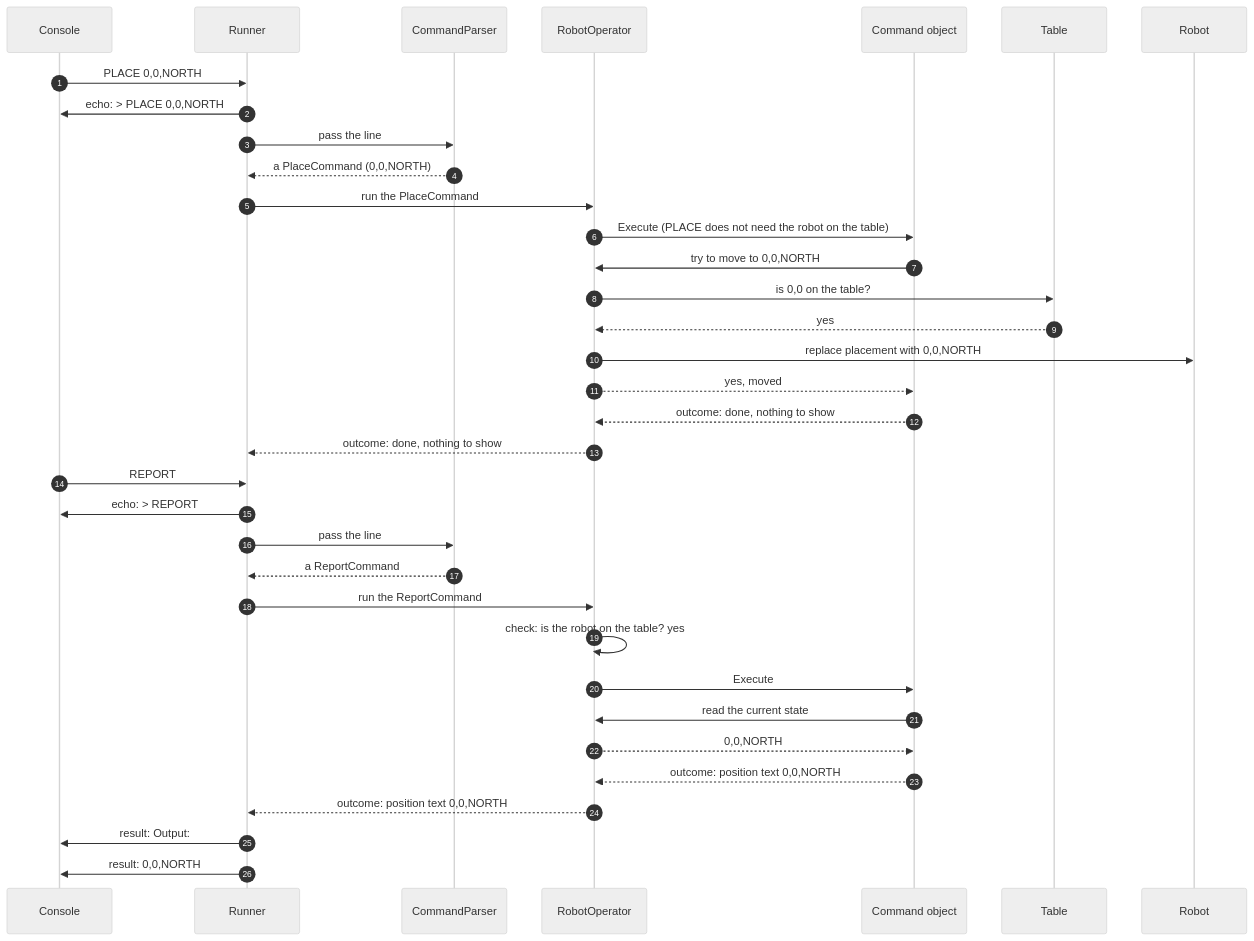
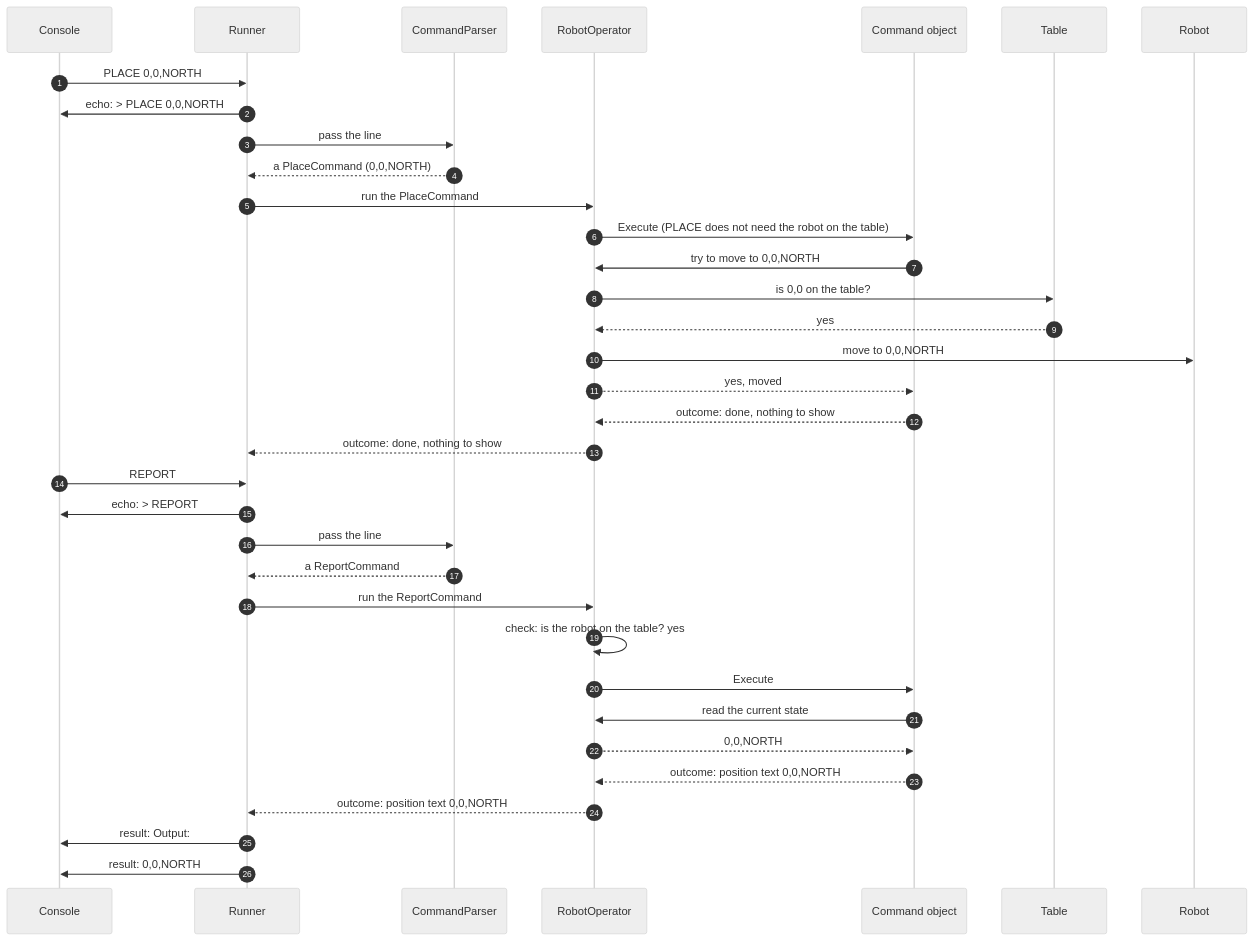
The diagram in docs/solution-design/07-logical-flow/01-place-then-report.md (hetal-patel78/toy-robot-spec-driven), drawn with Mermaid (neutral theme) before and after one commit. The commit also changed 18 other files, not shown here.

First line of the commit message:
Rename Robot.Replace to Robot.MoveTo and next to nextState

````diff
--- a/docs/solution-design/07-logical-flow/01-place-then-report.md
+++ b/docs/solution-design/07-logical-flow/01-place-then-report.md
@@ -9,37 +9,37 @@
 ```mermaid
 sequenceDiagram
     autonumber
     participant C as Console
     participant R as Runner
     participant P as CommandParser
     participant O as RobotOperator
     participant K as Command object
     participant T as Table
     participant B as Robot
     C->>R: PLACE 0,0,NORTH
     R->>C: echo: > PLACE 0,0,NORTH
     R->>P: pass the line
     P-->>R: a PlaceCommand (0,0,NORTH)
     R->>O: run the PlaceCommand
     O->>K: Execute (PLACE does not need the robot on the table)
     K->>O: try to move to 0,0,NORTH
     O->>T: is 0,0 on the table?
     T-->>O: yes
-    O->>B: replace placement with 0,0,NORTH
+    O->>B: move to 0,0,NORTH
     O-->>K: yes, moved
     K-->>O: outcome: done, nothing to show
     O-->>R: outcome: done, nothing to show
     C->>R: REPORT
     R->>C: echo: > REPORT
     R->>P: pass the line
     P-->>R: a ReportCommand
     R->>O: run the ReportCommand
     O->>O: check: is the robot on the table? yes
     O->>K: Execute
     K->>O: read the current state
     O-->>K: 0,0,NORTH
     K-->>O: outcome: position text 0,0,NORTH
     O-->>R: outcome: position text 0,0,NORTH
     R->>C: result: Output:
     R->>C: result: 0,0,NORTH
 ```
````
